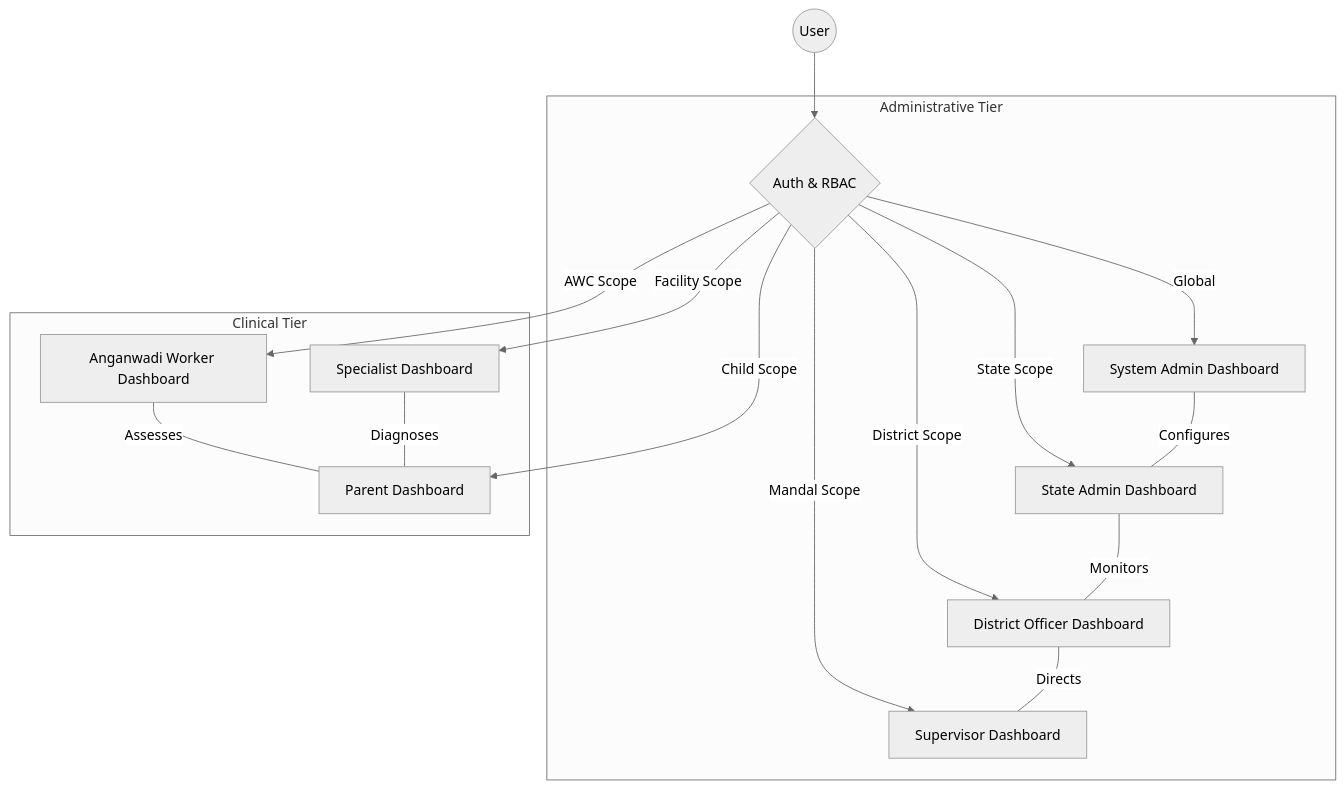
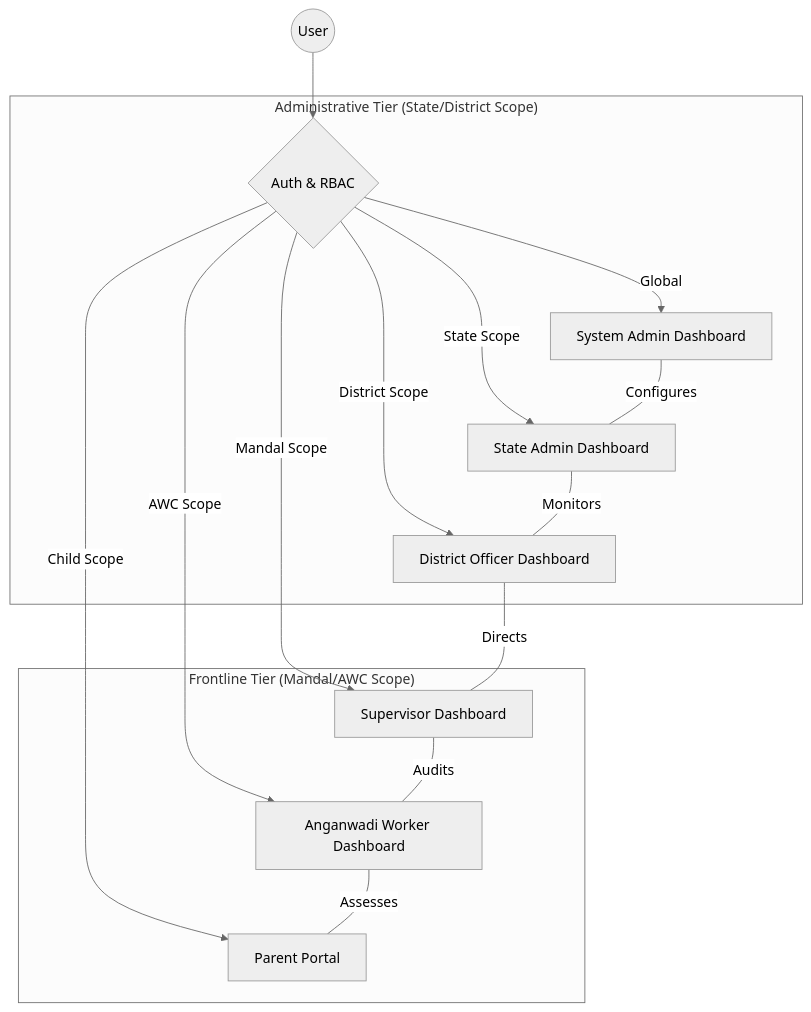
One commit to shaik7867867860089-stack/Autism changed the first of 3 diagrams in PROJECT_DOCUMENTATION.md. Above: the diagram before and after it, drawn with Mermaid (neutral theme). The commit also changed other lines of this file, not shown here.

````diff
--- a/PROJECT_DOCUMENTATION.md
+++ b/PROJECT_DOCUMENTATION.md
@@ -52,23 +54,22 @@
 ```mermaid
 graph TD
     User((User)) --> Login{Auth & RBAC}
     
-    subgraph Admins["Administrative Tier"]
+    subgraph Administrative["Administrative Tier (State/District Scope)"]
         Login -->|Global| SA[System Admin Dashboard]
         Login -->|State Scope| ST[State Admin Dashboard]
         Login -->|District Scope| DO[District Officer Dashboard]
-        Login -->|Mandal Scope| SU[Supervisor Dashboard]
     end
     
-    subgraph Frontline["Clinical Tier"]
+    subgraph Operational["Frontline Tier (Mandal/AWC Scope)"]
+        Login -->|Mandal Scope| SU[Supervisor Dashboard]
         Login -->|AWC Scope| AWW[Anganwadi Worker Dashboard]
-        Login -->|Child Scope| PAR[Parent Dashboard]
-        Login -->|Facility Scope| SPL[Specialist Dashboard]
+        Login -->|Child Scope| PAR[Parent Portal]
     end
     
     SA ---|Configures| ST
     ST ---|Monitors| DO
     DO ---|Directs| SU
+    SU ---|Audits| AWW
     AWW ---|Assesses| PAR
-    SPL ---|Diagnoses| PAR
 ```
````
